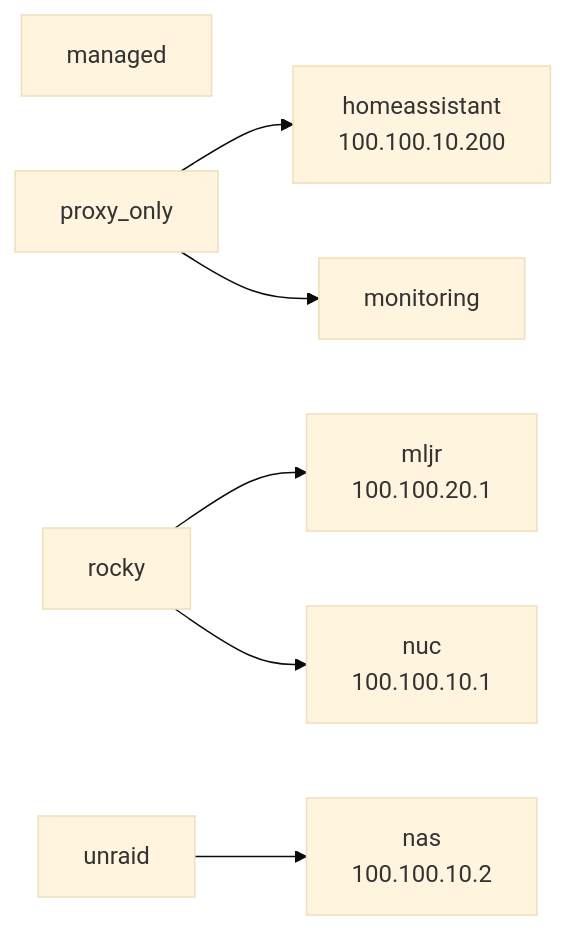
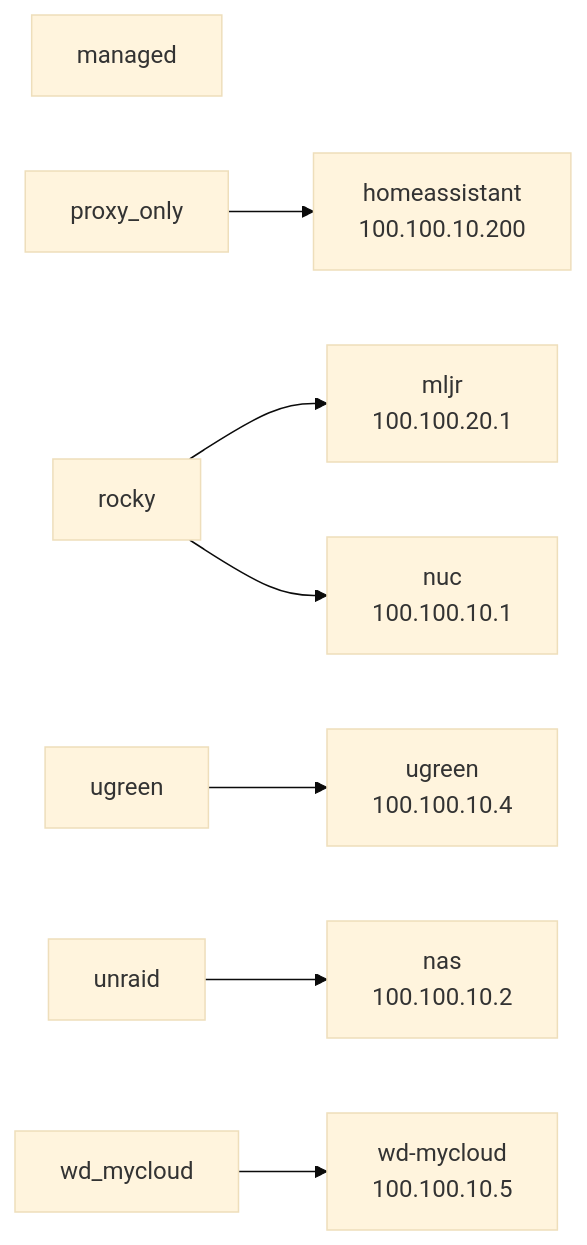
The first of 2 diagrams in docs/ansible-map.md (MrCodeEU/homelab-automation), drawn with Mermaid (base theme) before and after one commit. The commit also changed other lines of this file and 3 other files, not shown here.

````diff
--- a/docs/ansible-map.md
+++ b/docs/ansible-map.md
@@ -15,17 +15,21 @@
 ```mermaid
 flowchart LR
   group_managed["managed"]
   group_proxy_only["proxy_only"]
   group_rocky["rocky"]
+  group_ugreen["ugreen"]
   group_unraid["unraid"]
+  group_wd_mycloud["wd_mycloud"]
   host_homeassistant["homeassistant<br/>100.100.10.200"]
   host_mljr["mljr<br/>100.100.20.1"]
-  host_monitoring["monitoring"]
   host_nas["nas<br/>100.100.10.2"]
   host_nuc["nuc<br/>100.100.10.1"]
+  host_ugreen["ugreen<br/>100.100.10.4"]
+  host_wd_mycloud["wd-mycloud<br/>100.100.10.5"]
   group_proxy_only --> host_homeassistant
-  group_proxy_only --> host_monitoring
   group_rocky --> host_mljr
   group_rocky --> host_nuc
+  group_ugreen --> host_ugreen
   group_unraid --> host_nas
+  group_wd_mycloud --> host_wd_mycloud
 ```
````
